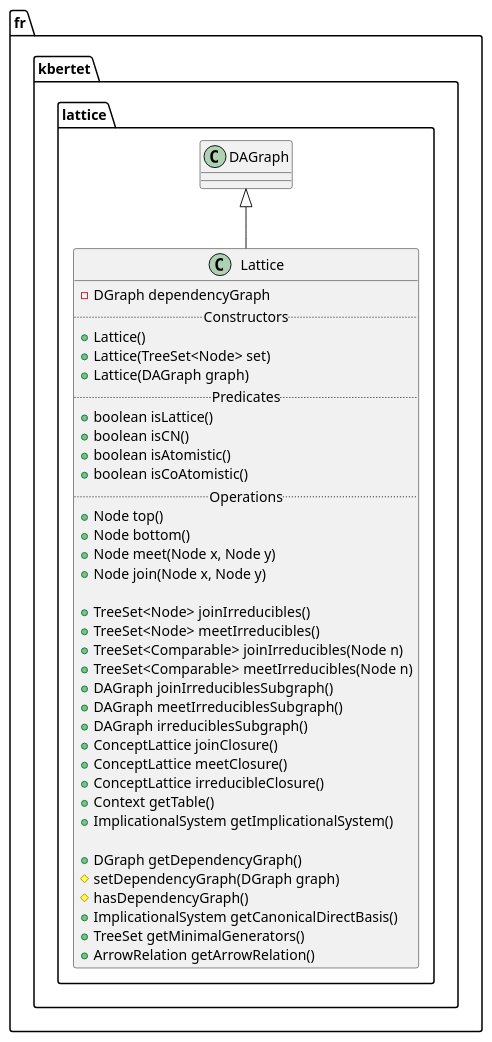
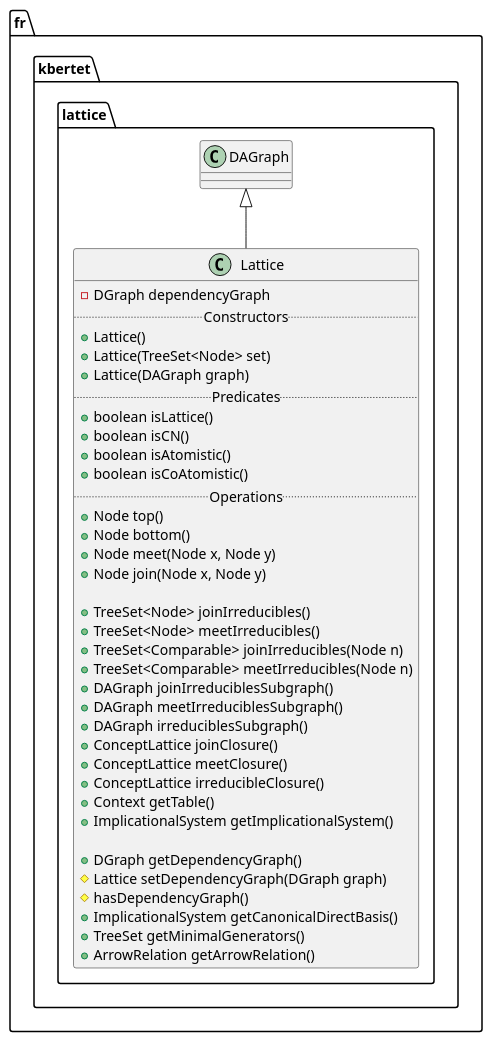
One commit to thegalactic/java-lattices changed the diagram in src/fr/kbertet/lattice/Lattice.iuml. Above: the diagram before and after it, drawn with PlantUML. The commit also changed 6 other files, not shown here.

```diff
--- a/src/fr/kbertet/lattice/Lattice.iuml
+++ b/src/fr/kbertet/lattice/Lattice.iuml
@@ -1,41 +1,41 @@
 package fr.kbertet.lattice {
     class Lattice {
         -DGraph dependencyGraph
         .. Constructors ..
         +Lattice()
         +Lattice(TreeSet<Node> set)
         +Lattice(DAGraph graph)
         .. Predicates ..
         +boolean isLattice()
         +boolean isCN()
         +boolean isAtomistic()
         +boolean isCoAtomistic()
         .. Operations ..
         +Node top()
         +Node bottom()
         +Node meet(Node x, Node y)
         +Node join(Node x, Node y)
 
         +TreeSet<Node> joinIrreducibles()
         +TreeSet<Node> meetIrreducibles()
         +TreeSet<Comparable> joinIrreducibles(Node n)
         +TreeSet<Comparable> meetIrreducibles(Node n)
         +DAGraph joinIrreduciblesSubgraph()
         +DAGraph meetIrreduciblesSubgraph()
         +DAGraph irreduciblesSubgraph()
         +ConceptLattice joinClosure()
         +ConceptLattice meetClosure()
         +ConceptLattice irreducibleClosure()
         +Context getTable()
         +ImplicationalSystem getImplicationalSystem()
 
         +DGraph getDependencyGraph()
-        #setDependencyGraph(DGraph graph)
+        #Lattice setDependencyGraph(DGraph graph)
         #hasDependencyGraph()
         +ImplicationalSystem getCanonicalDirectBasis()
         +TreeSet getMinimalGenerators()
         +ArrowRelation getArrowRelation()
     }
 
     DAGraph <|-- Lattice
 }
```
